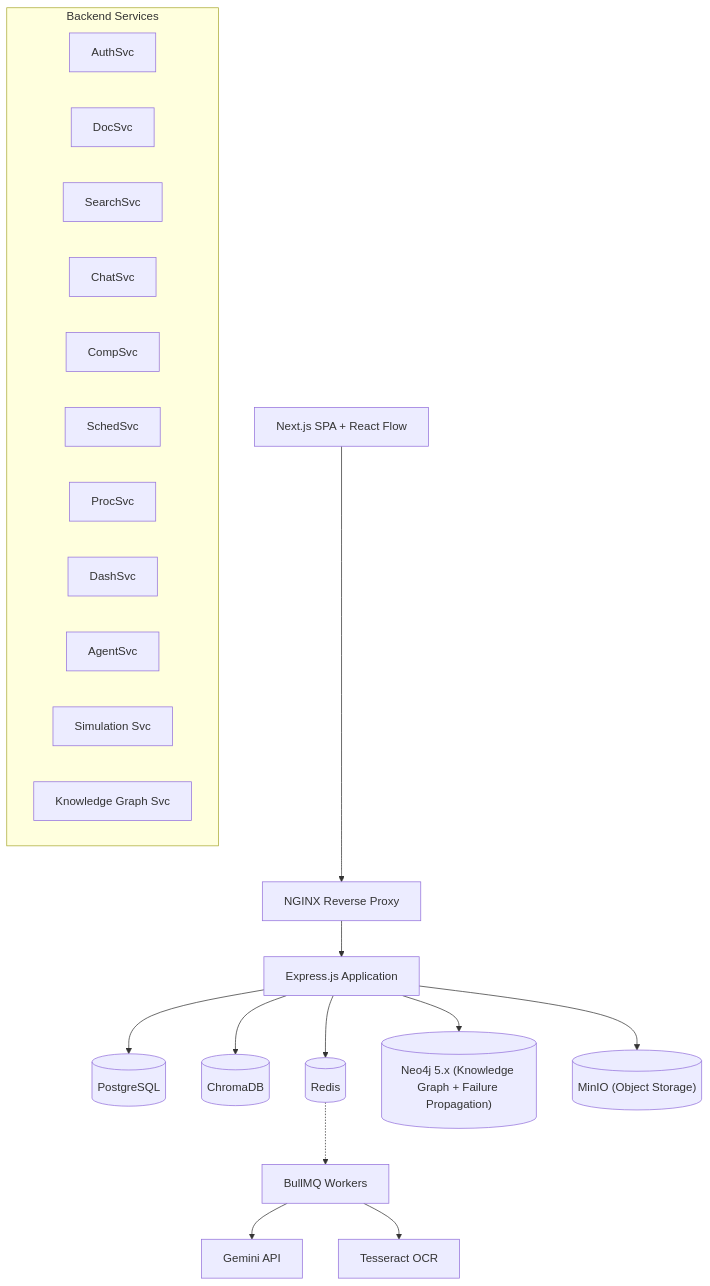
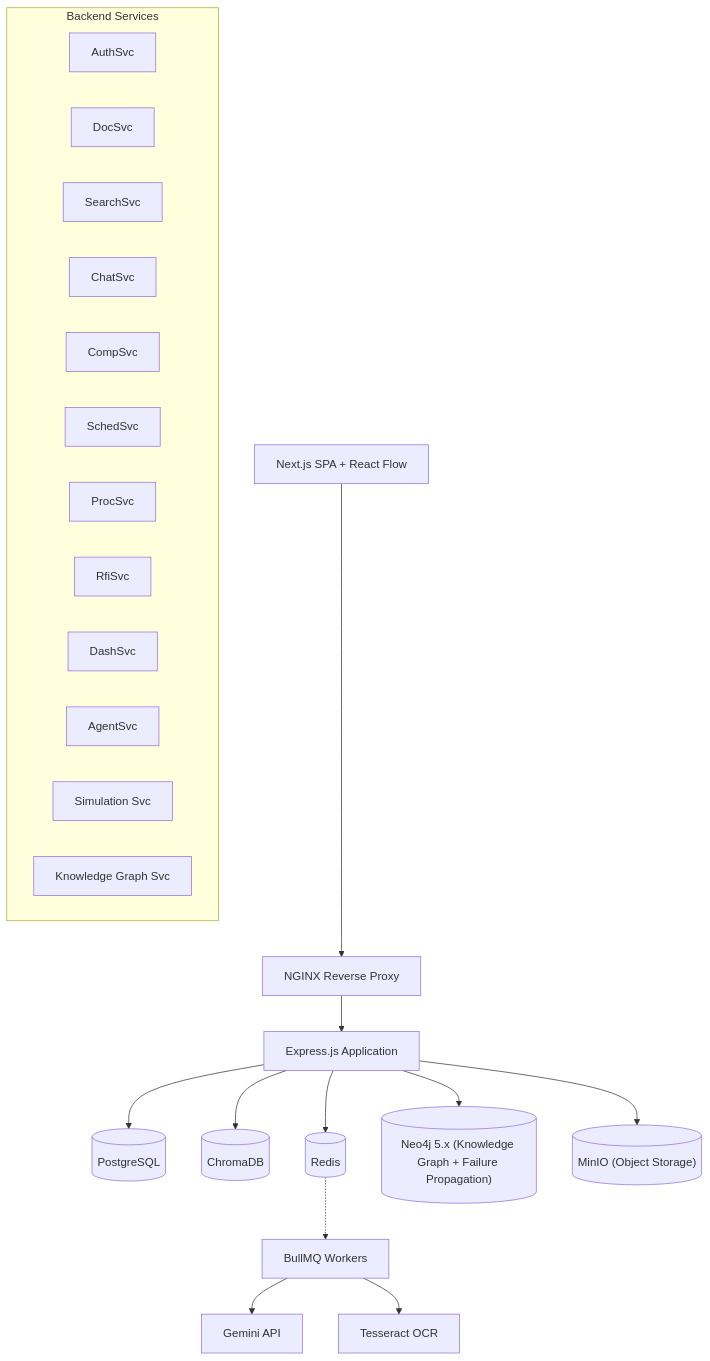
The first of 2 diagrams in .ai/ARCHITECTURE.md (suryanshvermaa/DCBrain), drawn with Mermaid before and after one commit. The commit also changed other lines of this file and 35 other files, not shown here.

````diff
--- a/.ai/ARCHITECTURE.md
+++ b/.ai/ARCHITECTURE.md
@@ -7,29 +7,30 @@
 ```mermaid
 graph TD
     Client["Next.js SPA + React Flow"] --> Nginx["NGINX Reverse Proxy"]
     Nginx --> Backend["Express.js Application"]
     
     subgraph Backend_Services ["Backend Services"]
         AuthSvc
         DocSvc
         SearchSvc
         ChatSvc
         CompSvc
         SchedSvc
         ProcSvc
+        RfiSvc
         DashSvc
         AgentSvc
         SimSvc["Simulation Svc"]
         GraphSvc["Knowledge Graph Svc"]
     end
     
     Backend --> PG[("PostgreSQL")]
     Backend --> Chroma[("ChromaDB")]
     Backend --> Redis[("Redis")]
     Backend --> GraphDB[("Neo4j 5.x (Knowledge Graph + Failure Propagation)")]
     Backend --> MinIO[("MinIO (Object Storage)")]
     
     Redis -.-> BackgroundWorkers["BullMQ Workers"]
     BackgroundWorkers --> Gemini["Gemini API"]
     BackgroundWorkers --> Tesseract["Tesseract OCR"]
 ```
````
